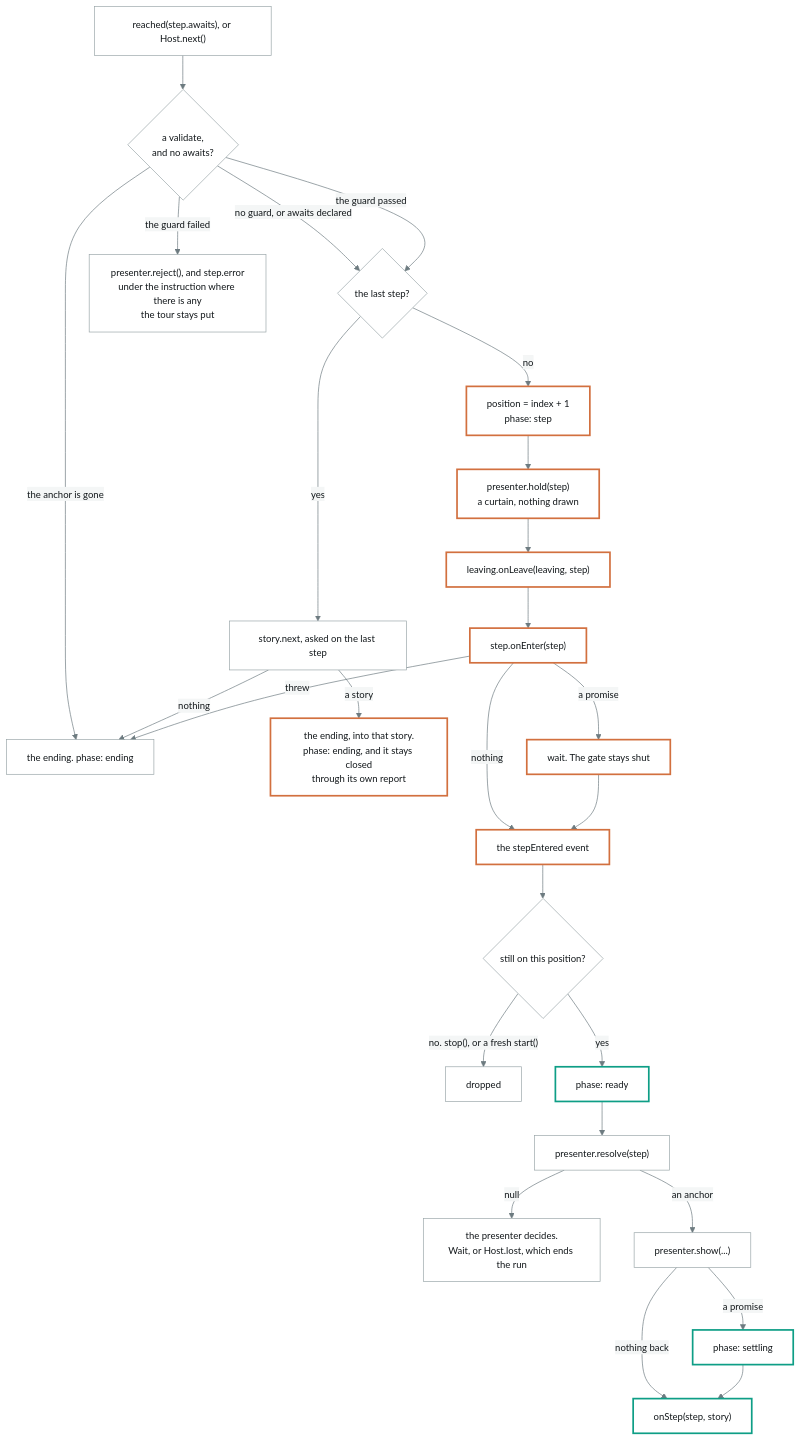
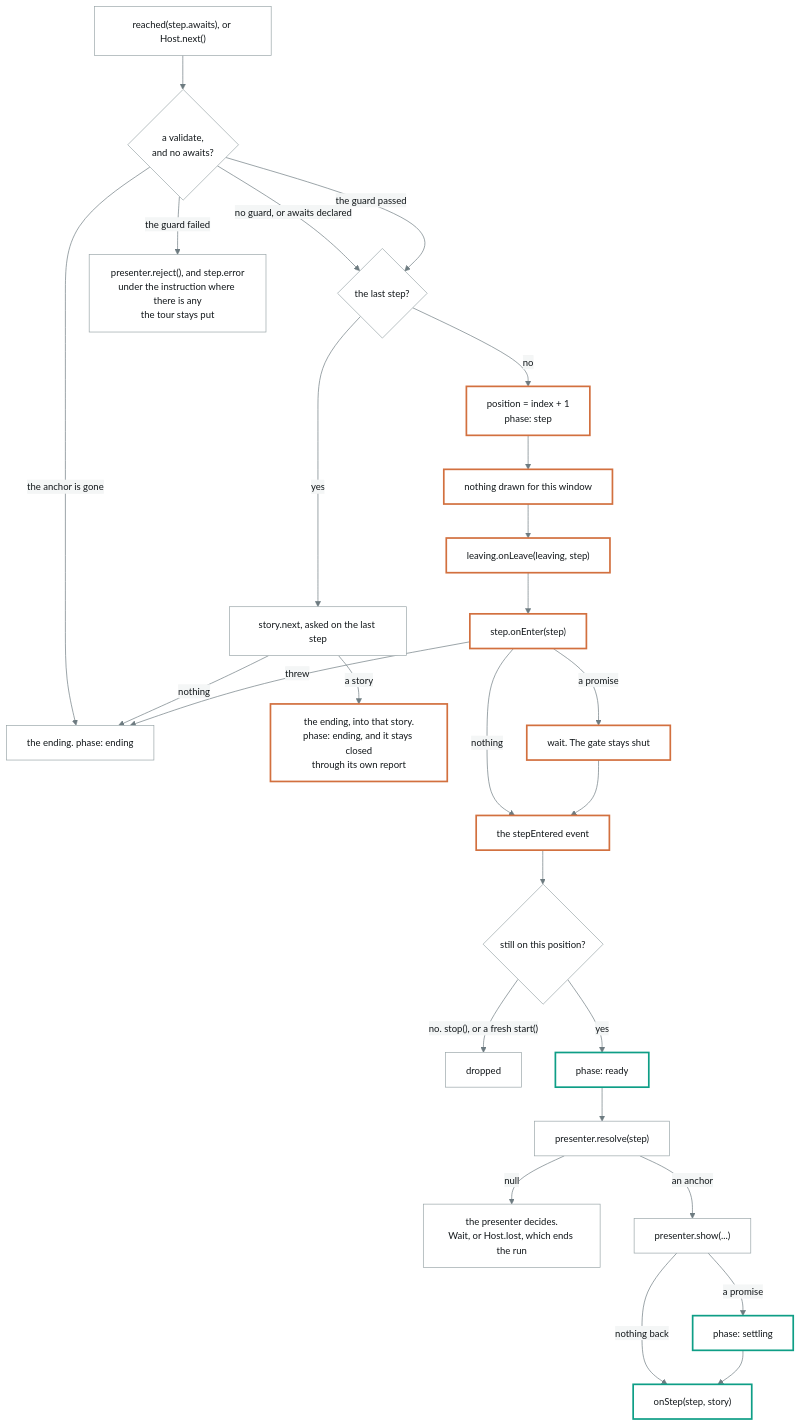
Before and after one commit to annetaan/leko: the second of 2 diagrams in packages/machine/model/phases.md, drawn with Mermaid. The commit also changed other lines of this file and 47 other files, not shown here.

````diff
--- a/packages/machine/model/phases.md
+++ b/packages/machine/model/phases.md
@@ -125,34 +130,34 @@
 ```mermaid
 %%{init: {'theme':'base','themeVariables':{'background':'#F4F6F6','primaryColor':'#FFFFFF','primaryTextColor':'#12171A','primaryBorderColor':'#9AA6A9','lineColor':'#6D7B80','textColor':'#12171A','edgeLabelBackground':'#F4F6F6','tertiaryColor':'#E9EDED','tertiaryTextColor':'#12171A','fontSize':'14px'}}}%%
 flowchart TD
   A["reached(step.awaits), or Host.next()"] --> V{"a validate,<br>and no awaits?"}
   V -- "no guard, or awaits declared" --> B{"the last step?"}
   V -- "the guard passed" --> B
   V -- "the anchor is gone" --> Z["the ending. phase: ending"]
   V -- "the guard failed" --> S["presenter.reject(), and step.error<br>under the instruction where there is any<br>the tour stays put"]
   B -- "yes" --> N["story.next, asked on the last step"]
   N -- "a story" --> Y["the ending, into that story.<br>phase: ending, and it stays closed<br>through its own report"]
   N -- "nothing" --> Z
   B -- "no" --> C["position = index + 1<br>phase: step"]
-  C --> D["presenter.hold(step)<br>a curtain, nothing drawn"]
+  C --> D["nothing drawn for this window"]
   D --> E["leaving.onLeave(leaving, step)"]
   E --> F["step.onEnter(step)"]
   F -- "threw" --> Z
   F -- "a promise" --> G["wait. The gate stays shut"]
   F -- "nothing" --> H["the stepEntered event"]
   G --> H
   H --> I{"still on this position?"}
   I -- "no. stop(), or a fresh start()" --> X["dropped"]
   I -- "yes" --> J["phase: ready"]
   J --> K["presenter.resolve(step)"]
   K -- "null" --> L["the presenter decides.<br>Wait, or Host.lost, which ends the run"]
   K -- "an anchor" --> M["presenter.show(...)"]
   M -- "nothing back" --> P["onStep(step, story)"]
   M -- "a promise" --> O["phase: settling"]
   O --> P
 
   classDef open stroke:#0E9E86,stroke-width:2.5px
   classDef shut stroke:#D2703F,stroke-width:2.5px
   class C,D,E,F,G,H,Y shut
   class J,O,P open
 ```
````
